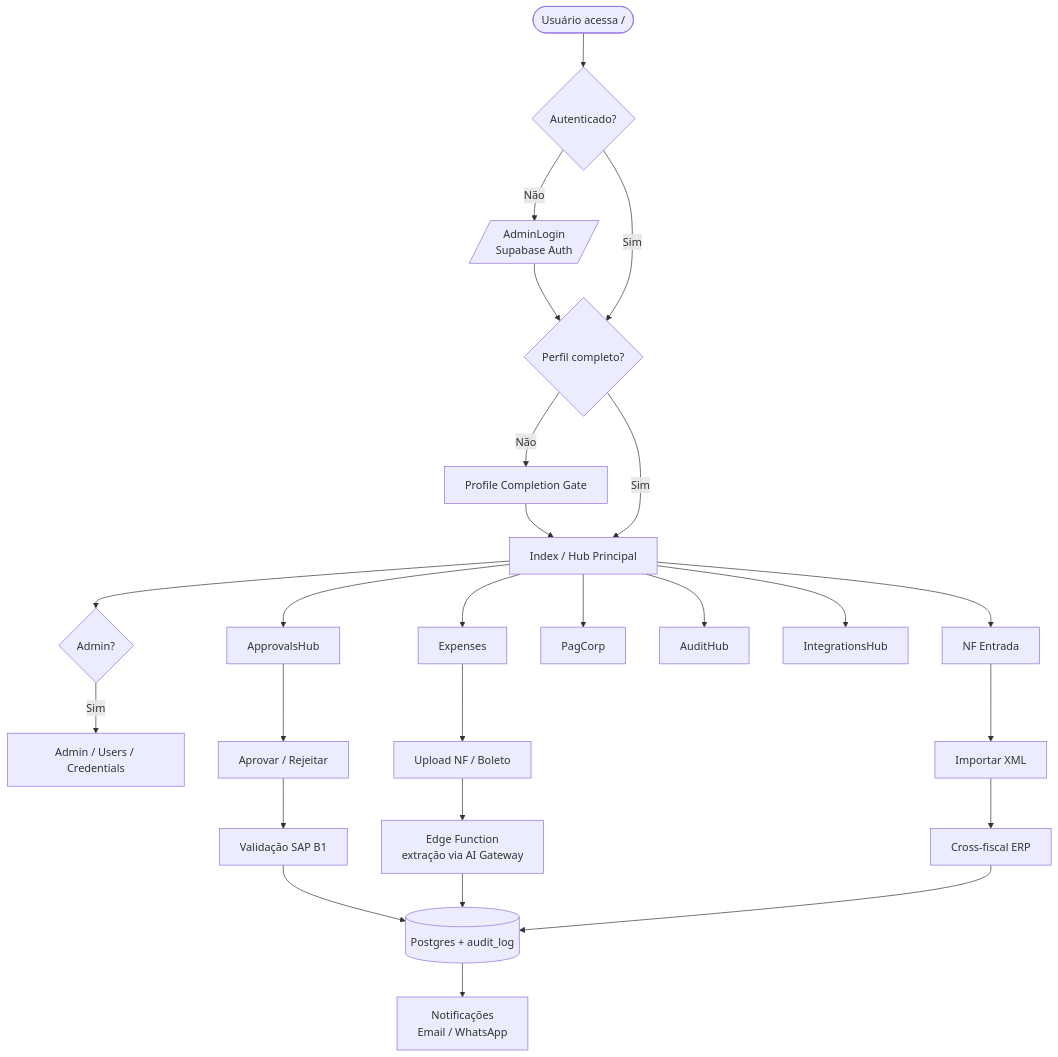
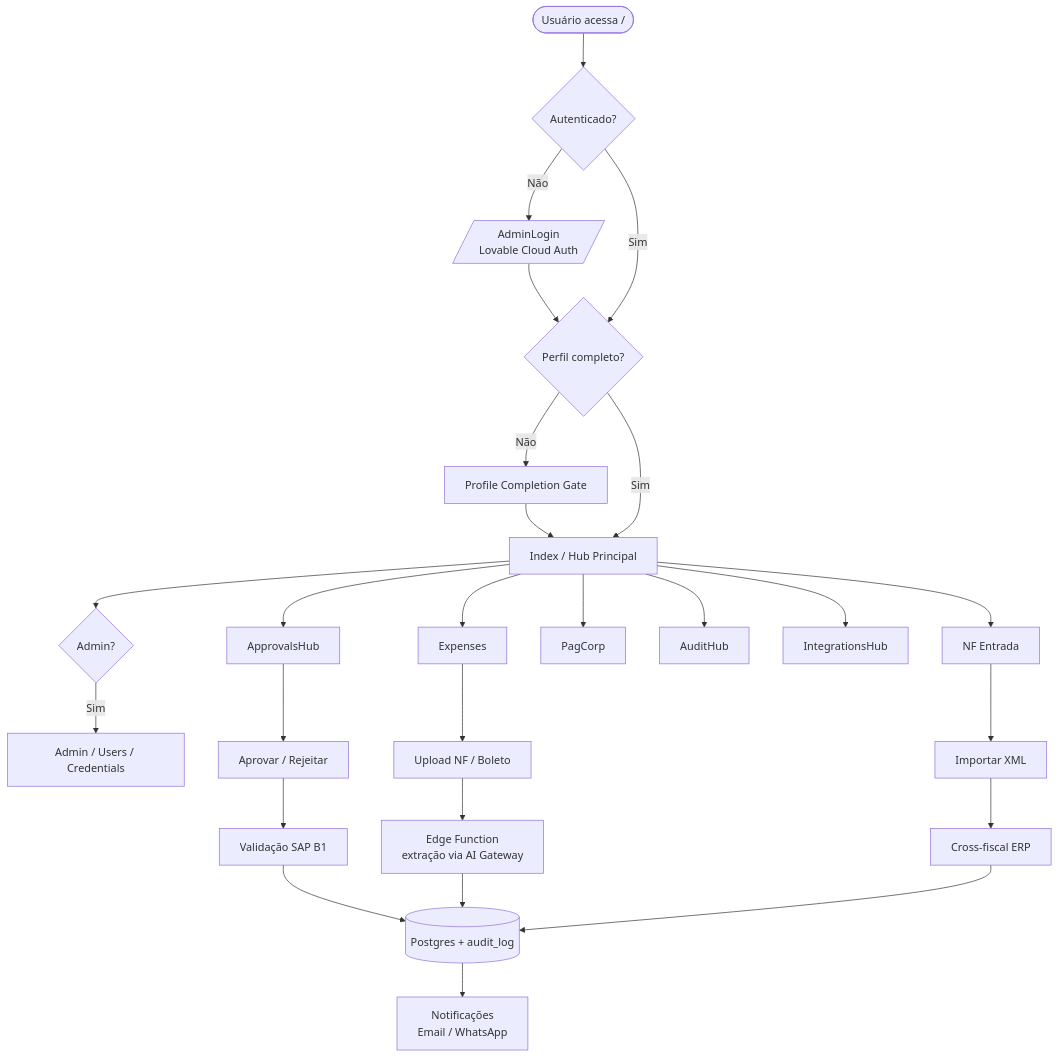
The diagram in docs/diagramas/02-fluxo-usuario.mmd (matheusmoreira-bit/erp-smart-stream), drawn with Mermaid before and after one commit.

```diff
--- a/docs/diagramas/02-fluxo-usuario.mmd
+++ b/docs/diagramas/02-fluxo-usuario.mmd
@@ -1,30 +1,30 @@
 flowchart TD
     Start([Usuário acessa /]) --> Login{Autenticado?}
-    Login -->|Não| SignIn[/AdminLogin<br/>Supabase Auth/]
+    Login -->|Não| SignIn[/AdminLogin<br/>Lovable Cloud Auth/]
     SignIn --> ProfileGate{Perfil completo?}
     Login -->|Sim| ProfileGate
     ProfileGate -->|Não| Profile[Profile Completion Gate]
     Profile --> Hub
     ProfileGate -->|Sim| Hub[Index / Hub Principal]
 
     Hub --> Approvals[ApprovalsHub]
     Hub --> Expenses[Expenses]
     Hub --> NF[NF Entrada]
     Hub --> PagCorp[PagCorp]
     Hub --> Audit[AuditHub]
     Hub --> Integr[IntegrationsHub]
     Hub --> Admin{Admin?}
     Admin -->|Sim| AdminPanel[Admin / Users / Credentials]
 
     Approvals --> Decide[Aprovar / Rejeitar]
     Decide --> SapVal[Validação SAP B1]
     SapVal --> Persist[(Postgres + audit_log)]
     Persist --> Notify[Notificações<br/>Email / WhatsApp]
 
     Expenses --> UploadDoc[Upload NF / Boleto]
     UploadDoc --> AIExtract[Edge Function<br/>extração via AI Gateway]
     AIExtract --> Persist
 
     NF --> Import[Importar XML]
     Import --> CrossFiscal[Cross-fiscal ERP]
     CrossFiscal --> Persist
```
